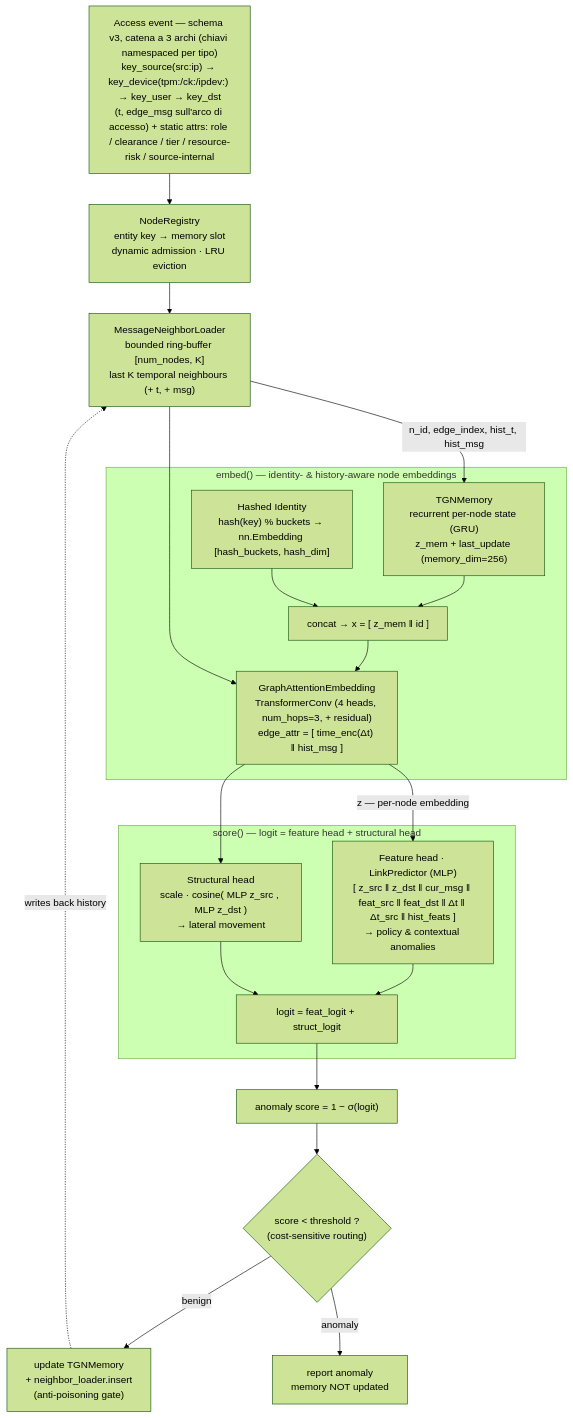
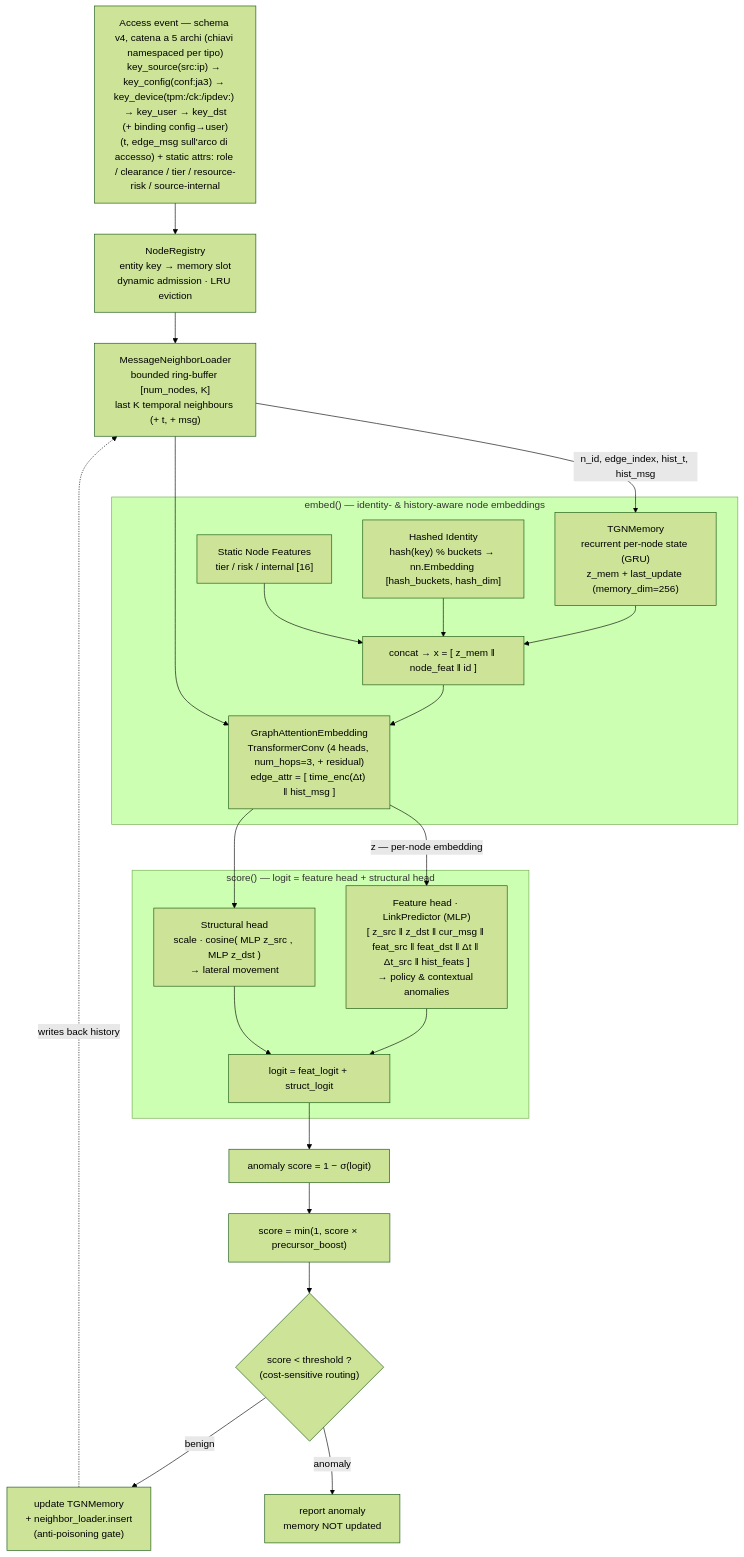
One commit to DDoS-Fury/Papergate changed the diagram in README.md. Above: the diagram before and after it, drawn with Mermaid (forest theme). The commit also changed other lines of this file, not shown here.

````diff
--- a/README.md
+++ b/README.md
@@ -55,35 +55,38 @@
 ```mermaid
 flowchart TD
-    EV["Access event — schema v3, catena a 3 archi (chiavi namespaced per tipo)<br/>key_source(src:ip) → key_device(tpm:/ck:/ipdev:) → key_user → key_dst<br/>(t, edge_msg sull'arco di accesso) + static attrs: role / clearance / tier / resource-risk / source-internal"]
+    EV["Access event — schema v4, catena a 5 archi (chiavi namespaced per tipo)<br/>key_source(src:ip) → key_config(conf:ja3) → key_device(tpm:/ck:/ipdev:) → key_user → key_dst<br/>(+ binding config→user)<br/>(t, edge_msg sull'arco di accesso) + static attrs: role / clearance / tier / resource-risk / source-internal"]
     REG["NodeRegistry<br/>entity key → memory slot<br/>dynamic admission · LRU eviction"]
     NL["MessageNeighborLoader<br/>bounded ring-buffer [num_nodes, K]<br/>last K temporal neighbours (+ t, + msg)"]
     EV --> REG --> NL
 
     subgraph EMB["embed() — identity- & history-aware node embeddings"]
         MEM["TGNMemory<br/>recurrent per-node state (GRU)<br/>z_mem + last_update (memory_dim=256)"]
         ID["Hashed Identity<br/>hash(key) % buckets → nn.Embedding [hash_buckets, hash_dim]"]
-        CAT["concat → x = [ z_mem ‖ id ]"]
+        STAT["Static Node Features<br/>tier / risk / internal [16]"]
+        CAT["concat → x = [ z_mem ‖ node_feat ‖ id ]"]
         GNN["GraphAttentionEmbedding<br/>TransformerConv (4 heads, num_hops=3, + residual)<br/>edge_attr = [ time_enc(Δt) ‖ hist_msg ]"]
         MEM --> CAT
         ID --> CAT
+        STAT --> CAT
         CAT --> GNN
     end
     NL -->|"n_id, edge_index, hist_t, hist_msg"| MEM
     NL --> GNN
 
     subgraph SCOREG["score() — logit = feature head + structural head"]
         FEAT["Feature head · LinkPredictor (MLP)<br/>[ z_src ‖ z_dst ‖ cur_msg ‖ feat_src ‖ feat_dst ‖ Δt ‖ Δt_src ‖ hist_feats ]<br/>→ policy & contextual anomalies"]
         STR["Structural head<br/>scale · cosine( MLP z_src , MLP z_dst )<br/>→ lateral movement"]
         SUM["logit = feat_logit + struct_logit"]
         FEAT --> SUM
         STR --> SUM
     end
 
     GNN -->|"z — per-node embedding"| FEAT
     GNN --> STR
     SUM --> SCO["anomaly score = 1 − σ(logit)"]
-    SCO --> GATE{"score &lt; threshold ?<br/>(cost-sensitive routing)"}
+    SCO --> PREC["score = min(1, score × precursor_boost)"]
+    PREC --> GATE{"score < threshold ?<br/>(cost-sensitive routing)"}
     GATE -->|benign| UPD["update TGNMemory<br/>+ neighbor_loader.insert<br/>(anti-poisoning gate)"]
     GATE -->|anomaly| REP["report anomaly<br/>memory NOT updated"]
     UPD -.->|writes back history| NL
 ```
````
